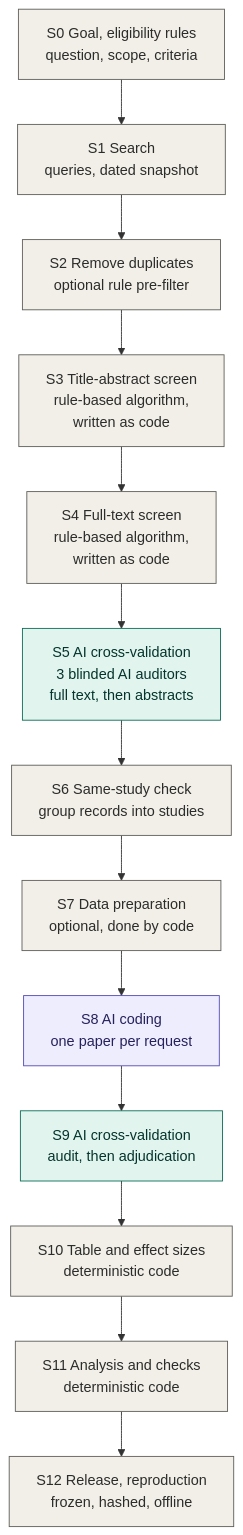
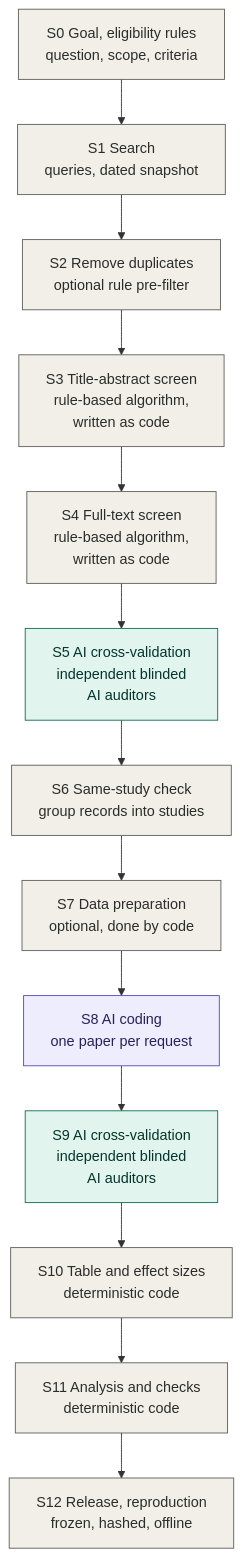
One commit to shanbuzaigao/raes changed the first of 2 diagrams in PROTOCOL.md. Above: the diagram before and after it, drawn with Mermaid. The commit also changed 2 other files, not shown here.

Commit message:
Unify the audit labels in the figure and name the working paper in the README

````diff
--- a/PROTOCOL.md
+++ b/PROTOCOL.md
@@ -11,25 +11,25 @@
 ```mermaid
 flowchart TD
     S0["S0 Goal, eligibility rules<br/>question, scope, criteria"]
     S1["S1 Search<br/>queries, dated snapshot"]
     S2["S2 Remove duplicates<br/>optional rule pre-filter"]
     S3["S3 Title-abstract screen<br/>rule-based algorithm,<br/>written as code"]
     S4["S4 Full-text screen<br/>rule-based algorithm,<br/>written as code"]
-    S5["S5 AI cross-validation<br/>3 blinded AI auditors<br/>full text, then abstracts"]
+    S5["S5 AI cross-validation<br/>independent blinded<br/>AI auditors"]
     S6["S6 Same-study check<br/>group records into studies"]
     S7["S7 Data preparation<br/>optional, done by code"]
     S8["S8 AI coding<br/>one paper per request"]
-    S9["S9 AI cross-validation<br/>audit, then adjudication"]
+    S9["S9 AI cross-validation<br/>independent blinded<br/>AI auditors"]
     S10["S10 Table and effect sizes<br/>deterministic code"]
     S11["S11 Analysis and checks<br/>deterministic code"]
     S12["S12 Release, reproduction<br/>frozen, hashed, offline"]
 
     S0 --> S1 --> S2 --> S3 --> S4 --> S5 --> S6 --> S7 --> S8 --> S9 --> S10 --> S11 --> S12
 
     classDef code fill:#F1EFE8,stroke:#5F5E5A,color:#2C2C2A
     classDef exec fill:#EEEDFE,stroke:#534AB7,color:#26215C
     classDef audit fill:#E1F5EE,stroke:#0F6E56,color:#04342C
     class S0,S1,S2,S3,S4,S6,S7,S10,S11,S12 code
     class S8 exec
     class S5,S9 audit
 ```
````
